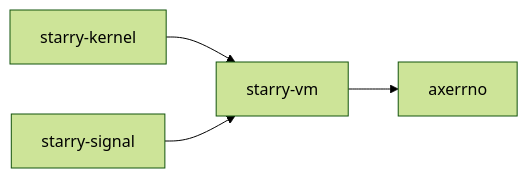
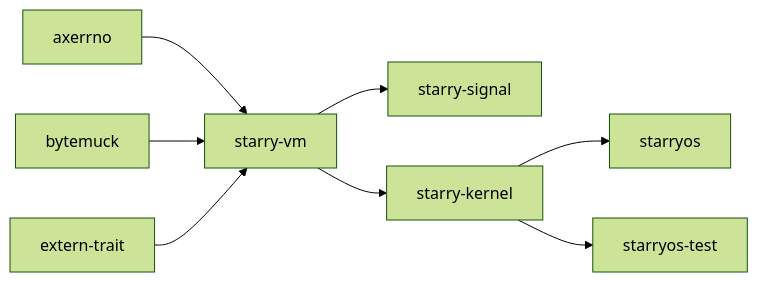
Before and after one commit to rcore-os/tgoskits: the second of 2 diagrams in docs/crates/starry-vm.md, drawn with Mermaid (forest theme). The commit also changed other lines of this file and 99 other files, not shown here.

````diff
--- a/docs/crates/starry-vm.md
+++ b/docs/crates/starry-vm.md
@@ -34,7 +107,11 @@
 ```mermaid
 graph LR
-    current["starry-vm"]
-    current --> axerrno["axerrno"]
-    starry_kernel["starry-kernel"] --> current
-    starry_signal["starry-signal"] --> current
+    axerrno["axerrno"] --> vm["starry-vm"]
+    bytemuck["bytemuck"] --> vm
+    externtrait["extern-trait"] --> vm
+
+    vm --> signal["starry-signal"]
+    vm --> starry["starry-kernel"]
+    starry --> starryos["starryos"]
+    starry --> starrytest["starryos-test"]
 ```
````
